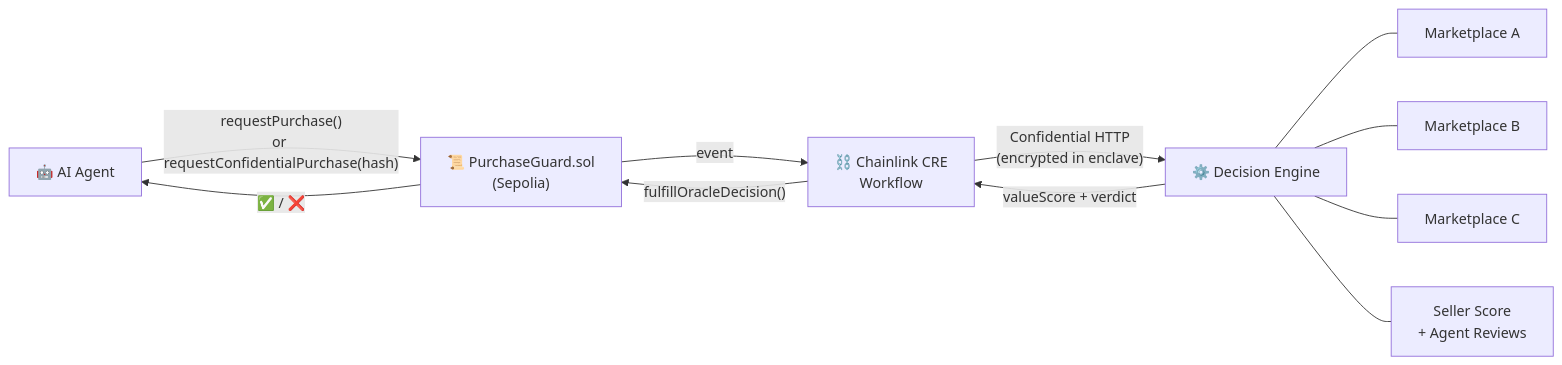
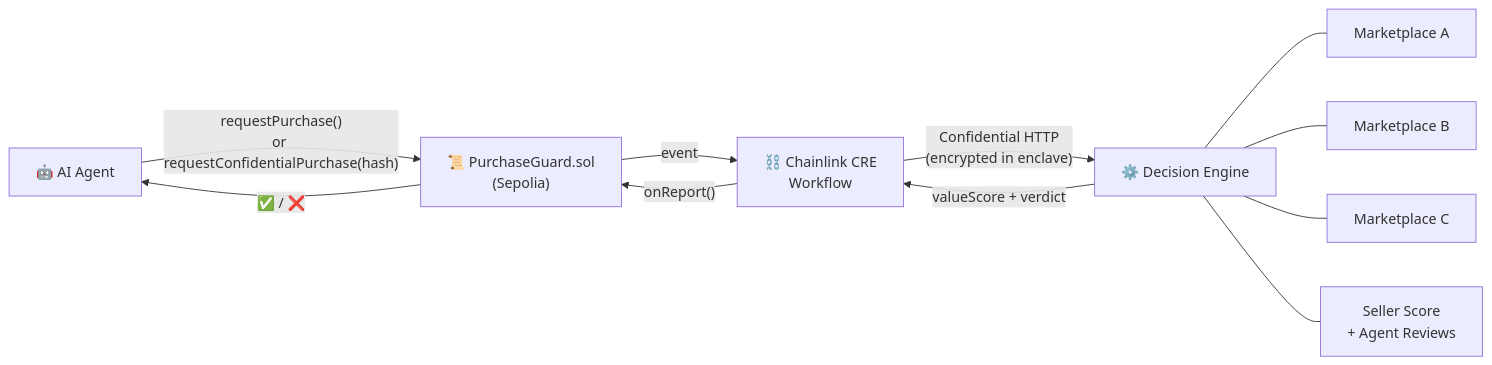
One commit to LeventLabs/ValueOracle changed the diagram in README.md. Above: the diagram before and after it, drawn with Mermaid. The commit also changed other lines of this file, not shown here.

Commit message:
fix: README links table, architecture diagram onReport

````diff
--- a/README.md
+++ b/README.md
@@ -52,22 +54,22 @@
 ```mermaid
 flowchart LR
     Agent["🤖 AI Agent"]
     Contract["📜 PurchaseGuard.sol\n(Sepolia)"]
     CRE["⛓️ Chainlink CRE\nWorkflow"]
     Engine["⚙️ Decision Engine"]
     MA["Marketplace A"]
     MB["Marketplace B"]
     MC["Marketplace C"]
     SS["Seller Score\n+ Agent Reviews"]
 
     Agent -->|"requestPurchase()\nor requestConfidentialPurchase(hash)"| Contract
     Contract -->|"event"| CRE
     CRE -->|"Confidential HTTP\n(encrypted in enclave)"| Engine
     Engine --- MA
     Engine --- MB
     Engine --- MC
     Engine --- SS
     Engine -->|"valueScore + verdict"| CRE
-    CRE -->|"fulfillOracleDecision()"| Contract
+    CRE -->|"onReport()"| Contract
     Contract -->|"✅ / ❌"| Agent
 ```
````
